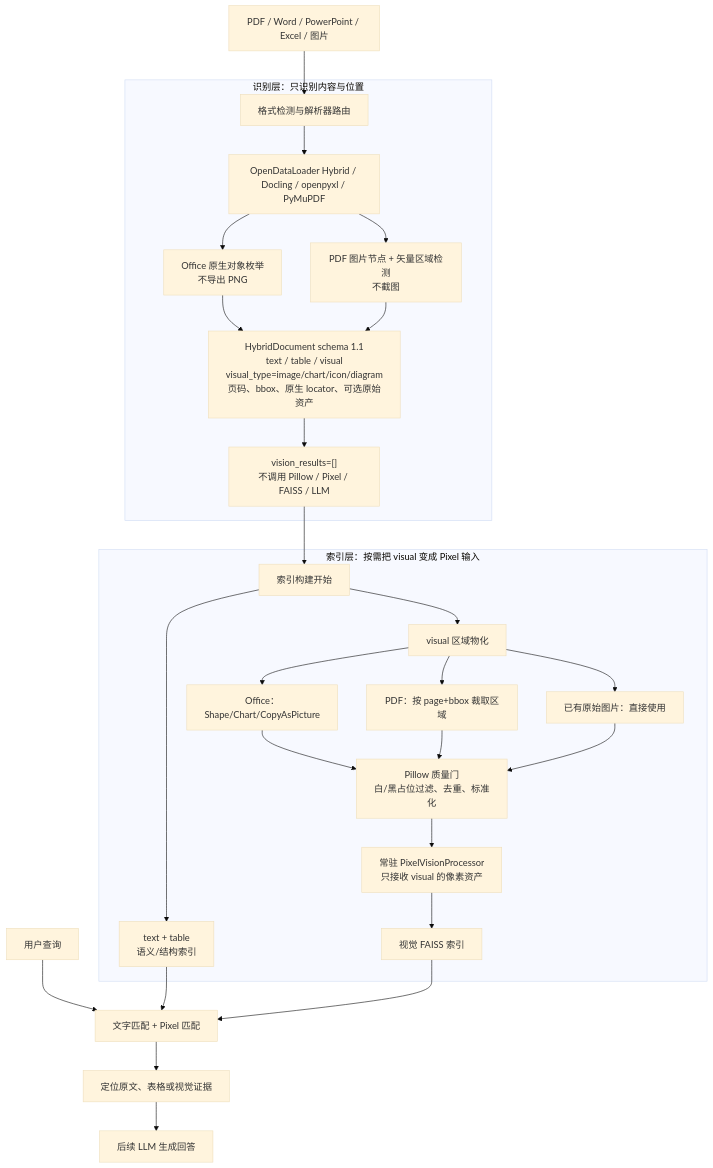
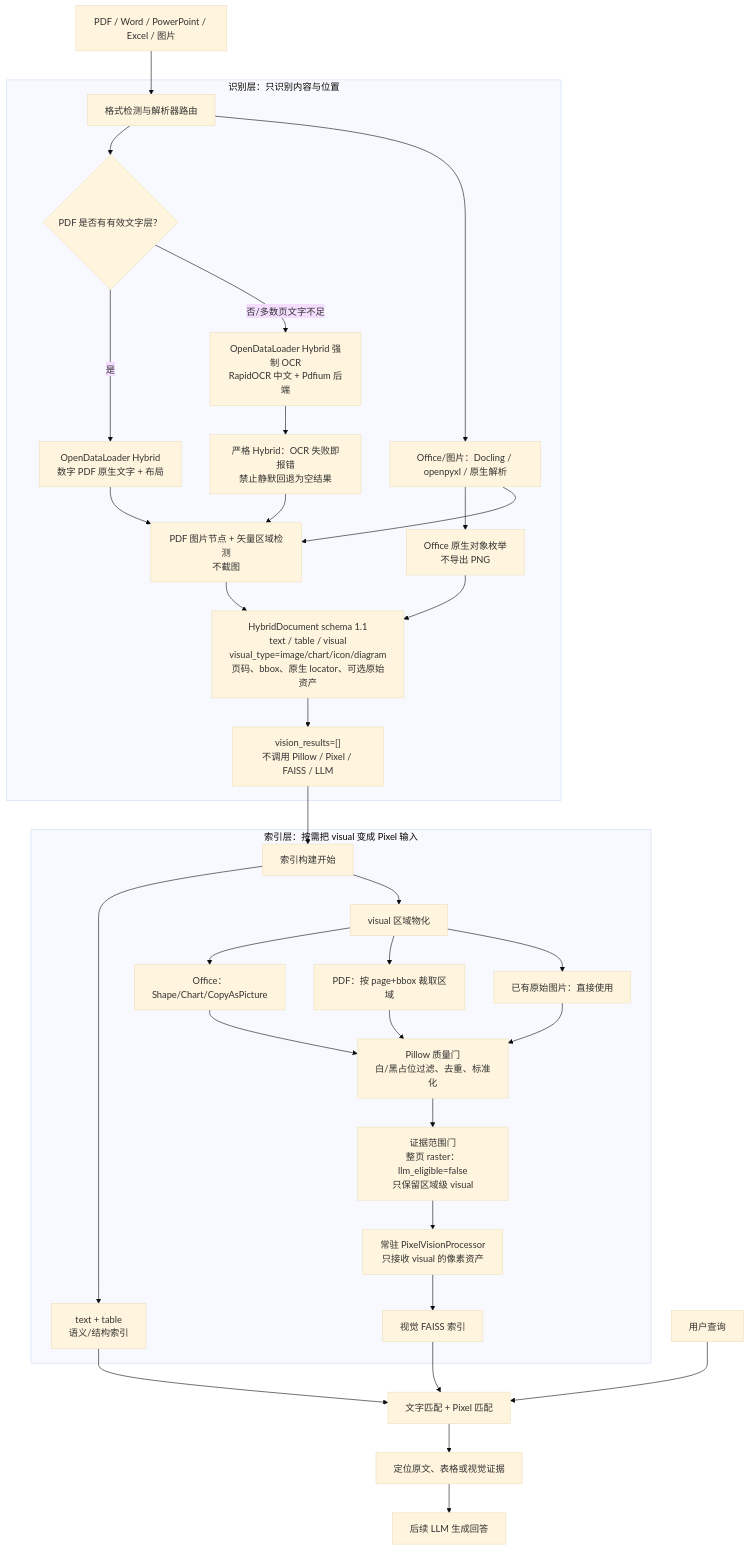
The diagram in 多模态输入结果_20260814/输入结果总览_20260814.md (xyf966/RAG-PIXEL), drawn with Mermaid (base theme) before and after one commit. The commit also changed other lines of this file and 36 other files, not shown here.

````diff
--- a/多模态输入结果_20260814/输入结果总览_20260814.md
+++ b/多模态输入结果_20260814/输入结果总览_20260814.md
@@ -13,34 +13,41 @@
 ```mermaid
 flowchart TD
     SOURCE["PDF / Word / PowerPoint / Excel / 图片"] --> DETECT["格式检测与解析器路由"]
 
     subgraph RECOGNITION["识别层：只识别内容与位置"]
-        DETECT --> PARSERS["OpenDataLoader Hybrid / Docling / openpyxl / PyMuPDF"]
+        DETECT --> PDFTEXT{"PDF 是否有有效文字层？"}
+        PDFTEXT -->|是| PDFDIGITAL["OpenDataLoader Hybrid<br/>数字 PDF 原生文字 + 布局"]
+        PDFTEXT -->|否/多数页文字不足| PDFSCAN["OpenDataLoader Hybrid 强制 OCR<br/>RapidOCR 中文 + Pdfium 后端"]
+        PDFSCAN --> OCRSTRICT["严格 Hybrid：OCR 失败即报错<br/>禁止静默回退为空结果"]
+        DETECT --> PARSERS["Office/图片：Docling / openpyxl / 原生解析"]
+        PDFDIGITAL --> PDFVECTOR
+        OCRSTRICT --> PDFVECTOR
         PARSERS --> OFFICEINSPECT["Office 原生对象枚举<br/>不导出 PNG"]
         PARSERS --> PDFVECTOR["PDF 图片节点 + 矢量区域检测<br/>不截图"]
         OFFICEINSPECT --> CONTRACT
         PDFVECTOR --> CONTRACT
         CONTRACT["HybridDocument schema 1.1<br/>text / table / visual<br/>visual_type=image/chart/icon/diagram<br/>页码、bbox、原生 locator、可选原始资产"]
         CONTRACT --> STOP["vision_results=[]<br/>不调用 Pillow / Pixel / FAISS / LLM"]
     end
 
     STOP --> INDEXSTART["索引构建开始"]
     subgraph INDEXING["索引层：按需把 visual 变成 Pixel 输入"]
         INDEXSTART --> TEXTINDEX["text + table<br/>语义/结构索引"]
         INDEXSTART --> MATERIALIZE["visual 区域物化"]
         MATERIALIZE --> OFFICEEXPORT["Office：Shape/Chart/CopyAsPicture"]
         MATERIALIZE --> PDFCROP["PDF：按 page+bbox 裁取区域"]
         MATERIALIZE --> RAWASSET["已有原始图片：直接使用"]
         OFFICEEXPORT --> QUALITY["Pillow 质量门<br/>白/黑占位过滤、去重、标准化"]
         PDFCROP --> QUALITY
         RAWASSET --> QUALITY
-        QUALITY --> PIXEL["常驻 PixelVisionProcessor<br/>只接收 visual 的像素资产"]
+        QUALITY --> EVIDENCEGATE["证据范围门<br/>整页 raster：llm_eligible=false<br/>只保留区域级 visual"]
+        EVIDENCEGATE --> PIXEL["常驻 PixelVisionProcessor<br/>只接收 visual 的像素资产"]
         PIXEL --> VISUALINDEX["视觉 FAISS 索引"]
     end
 
     QUERY["用户查询"] --> RETRIEVAL["文字匹配 + Pixel 匹配"]
     TEXTINDEX --> RETRIEVAL
     VISUALINDEX --> RETRIEVAL
     RETRIEVAL --> EVIDENCE["定位原文、表格或视觉证据"]
     EVIDENCE --> LLM["后续 LLM 生成回答"]
 ```
````
